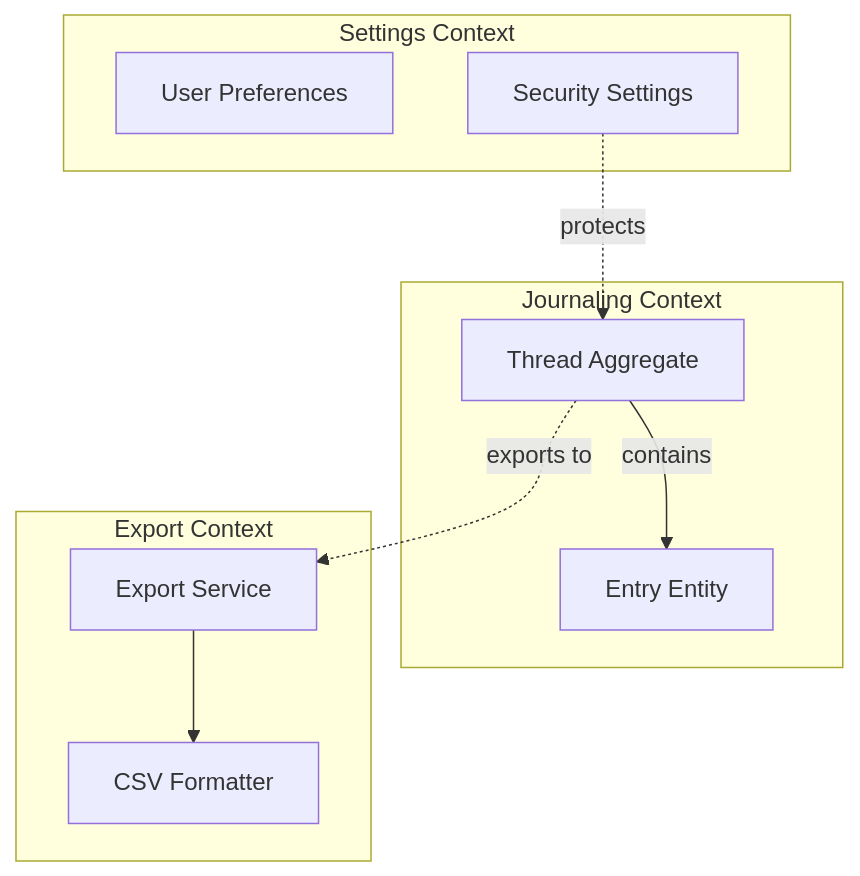
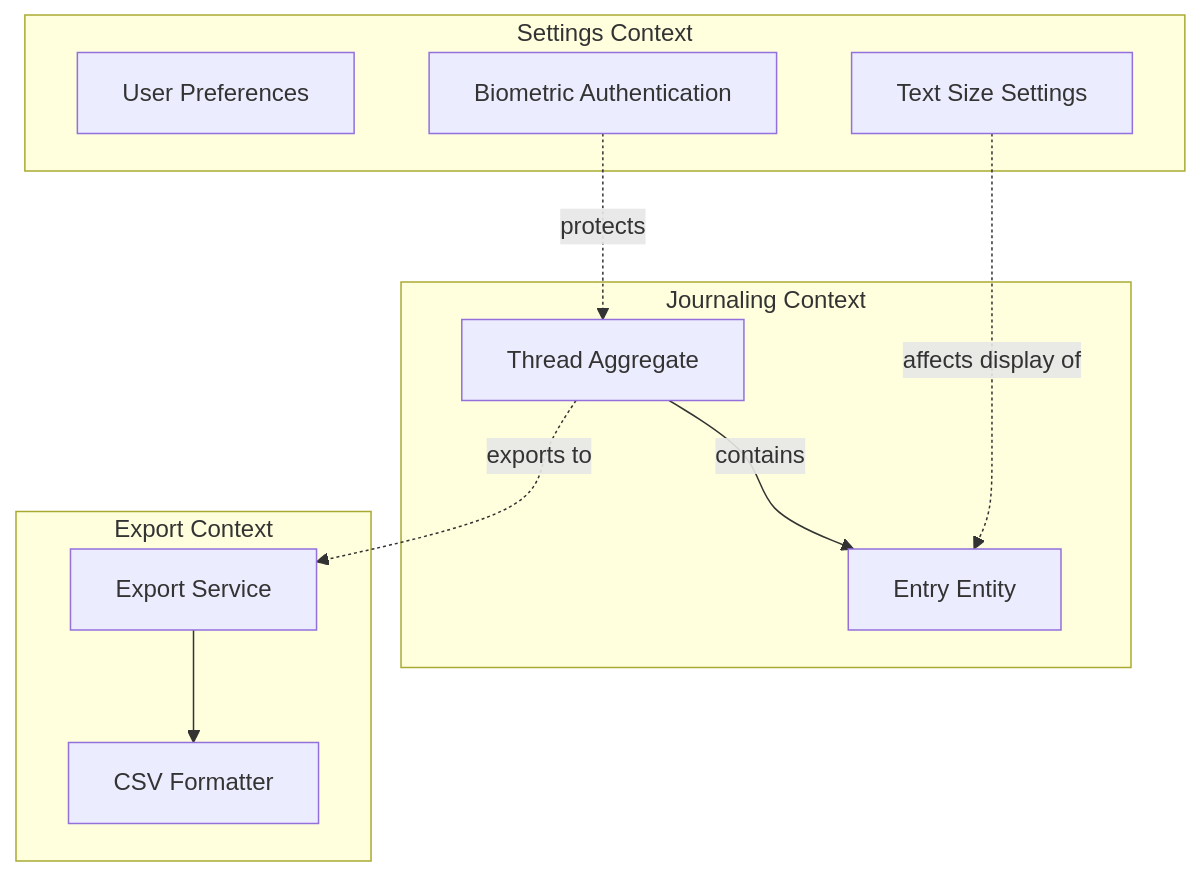
One commit to ericzhou129/ThreadJournal2 changed the first of 11 diagrams in Engineering/Technical-Implementation-Plan.md. Above: the diagram before and after it, drawn with Mermaid. The commit also changed other lines of this file and 19 other files, not shown here.

````diff
--- a/Engineering/Technical-Implementation-Plan.md
+++ b/Engineering/Technical-Implementation-Plan.md
@@ -38,22 +38,24 @@
 ```mermaid
 graph TB
     subgraph "Journaling Context"
         Thread[Thread Aggregate]
         Entry[Entry Entity]
         Thread -->|contains| Entry
     end
     
     subgraph "Export Context"
         ExportService[Export Service]
         CSVFormatter[CSV Formatter]
         ExportService --> CSVFormatter
     end
     
     subgraph "Settings Context"
         UserPreferences[User Preferences]
-        SecuritySettings[Security Settings]
+        BiometricAuth[Biometric Authentication]
+        TextSize[Text Size Settings]
     end
     
     Thread -.->|exports to| ExportService
-    SecuritySettings -.->|protects| Thread
+    BiometricAuth -.->|protects| Thread
+    TextSize -.->|affects display of| Entry
 ```
````
